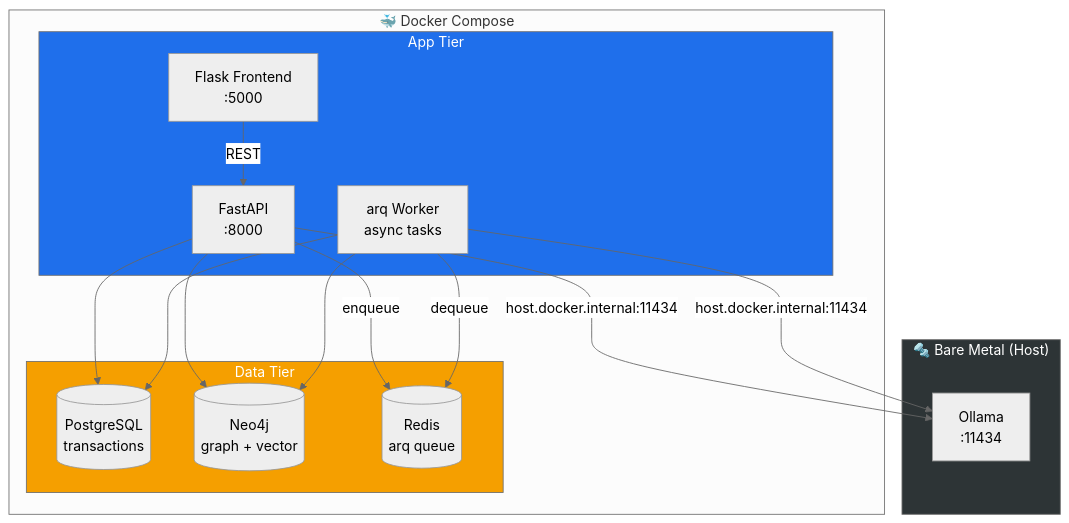
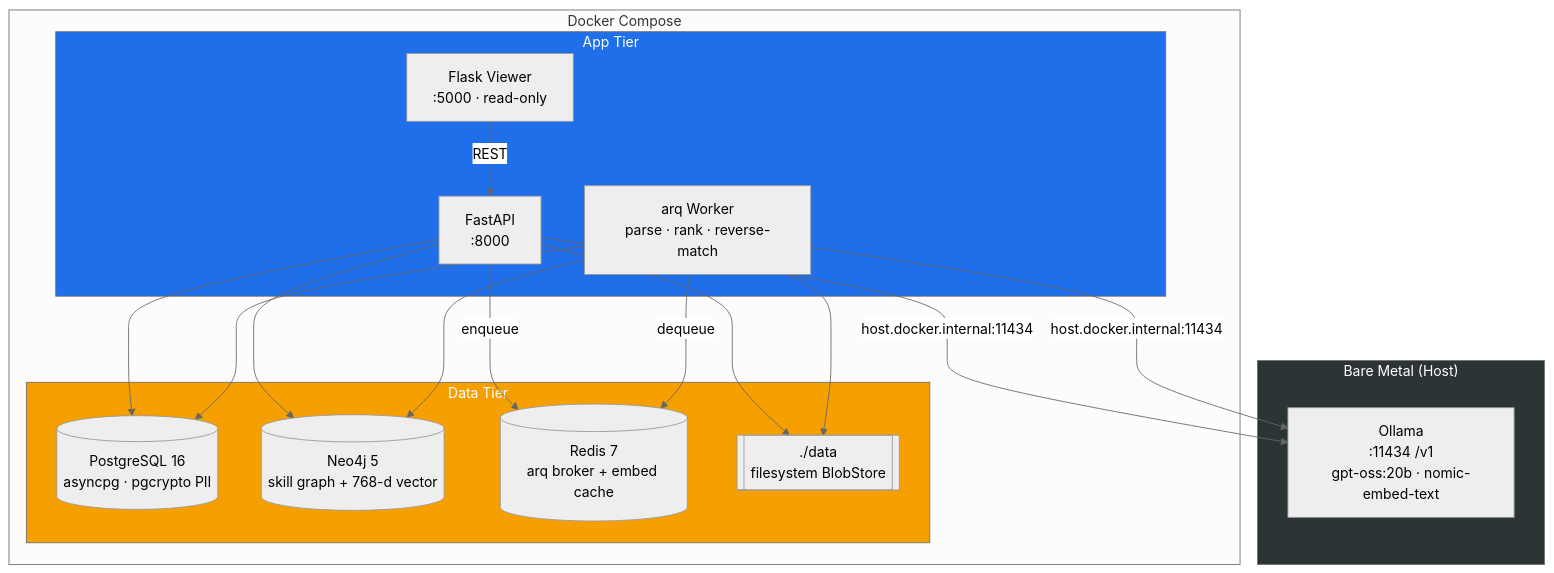
The first of 2 diagrams in README.md (humanaxiom/recruiter-assistant), drawn with Mermaid (neutral theme) before and after one commit. The commit also changed other lines of this file and 2 other files, not shown here.

Commit message:
docs: phase 0 — recruiter-assistant readme, stack diagram, ADR

````diff
--- a/README.md
+++ b/README.md
@@ -15,32 +20,35 @@
 ```mermaid
 graph TB
-    subgraph Metal["🔩 Bare Metal (Host)"]
-        OL[Ollama<br/>:11434]
+    subgraph Metal["Bare Metal (Host)"]
+        OL[Ollama<br/>:11434 /v1<br/>gpt-oss:20b · nomic-embed-text]
     end
 
-    subgraph Docker["🐳 Docker Compose"]
+    subgraph Docker["Docker Compose"]
         subgraph AppTier["App Tier"]
             API[FastAPI<br/>:8000]
-            FE[Flask Frontend<br/>:5000]
-            WK[arq Worker<br/>async tasks]
+            WK[arq Worker<br/>parse · rank · reverse-match]
+            FE[Flask Viewer<br/>:5000 · read-only]
         end
         subgraph DataTier["Data Tier"]
-            PG[(PostgreSQL<br/>transactions)]
-            NEO[(Neo4j<br/>graph + vector)]
-            RD[(Redis<br/>arq queue)]
+            PG[(PostgreSQL 16<br/>asyncpg · pgcrypto PII)]
+            NEO[(Neo4j 5<br/>skill graph + 768-d vector)]
+            RD[(Redis 7<br/>arq broker + embed cache)]
+            BLOB[["./data<br/>filesystem BlobStore"]]
         end
     end
 
     FE -->|REST| API
     API --> PG
     API --> NEO
     API -->|enqueue| RD
+    API --> BLOB
     WK -->|dequeue| RD
     WK --> PG
     WK --> NEO
+    WK --> BLOB
     API & WK -->|host.docker.internal:11434| OL
 
     style Metal fill:#2D3436,color:#fff
     style AppTier fill:#1F6FEB,color:#fff
     style DataTier fill:#F59F00,color:#fff
 ```
````
